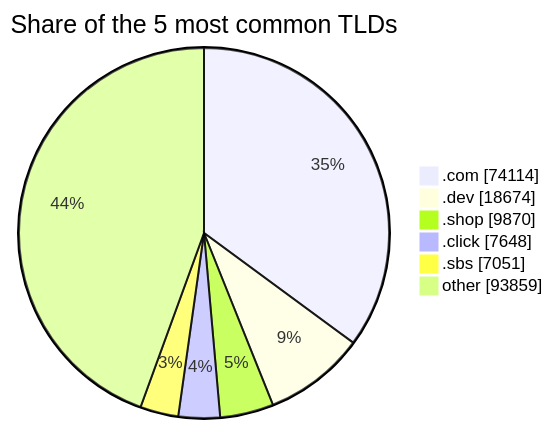
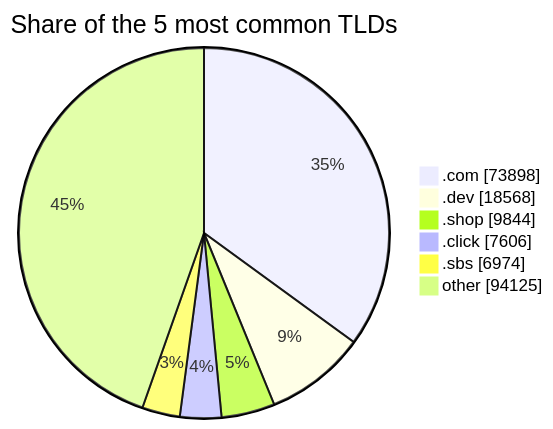
One commit to DNSBunker/CTI changed the third of 3 diagrams in README.md. Above: the diagram before and after it, drawn with Mermaid. The commit also changed other lines of this file and 3 other files, not shown here.

````diff
--- a/README.md
+++ b/README.md
@@ -81,9 +81,9 @@
 ```mermaid
 pie showData title Share of the 5 most common TLDs
-    ".com" : 74114
-    ".dev" : 18674
-    ".shop" : 9870
-    ".click" : 7648
-    ".sbs" : 7051
-    "other" : 93859
+    ".com" : 73898
+    ".dev" : 18568
+    ".shop" : 9844
+    ".click" : 7606
+    ".sbs" : 6974
+    "other" : 94125
 ```
````
